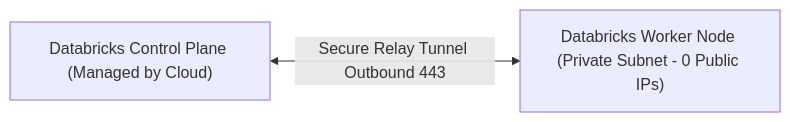
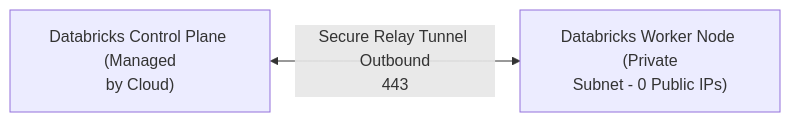
The second of 2 diagrams in modules/03_cloud_networking_and_perimeter_defense/README.md (santoshjammi29/security-handbook), drawn with Mermaid before and after one commit. The commit also changed other lines of this file and 22 other files, not shown here.

Commit message:
fix(diagrams): word-wrap labels and escape comparison operators across all diagrams

````diff
--- a/modules/03_cloud_networking_and_perimeter_defense/README.md
+++ b/modules/03_cloud_networking_and_perimeter_defense/README.md
@@ -39,4 +39,4 @@
 ```mermaid
 flowchart LR
-    ControlPlane["Databricks Control Plane (Managed by Cloud)"] <-->|Secure Relay Tunnel Outbound 443| WorkerNode["Databricks Worker Node (Private Subnet - 0 Public IPs)"]
+    ControlPlane["Databricks Control Plane (Managed<br/>by Cloud)"] <-->|"Secure Relay Tunnel Outbound<br/>443"| WorkerNode["Databricks Worker Node (Private<br/>Subnet - 0 Public IPs)"]
 ```
````
